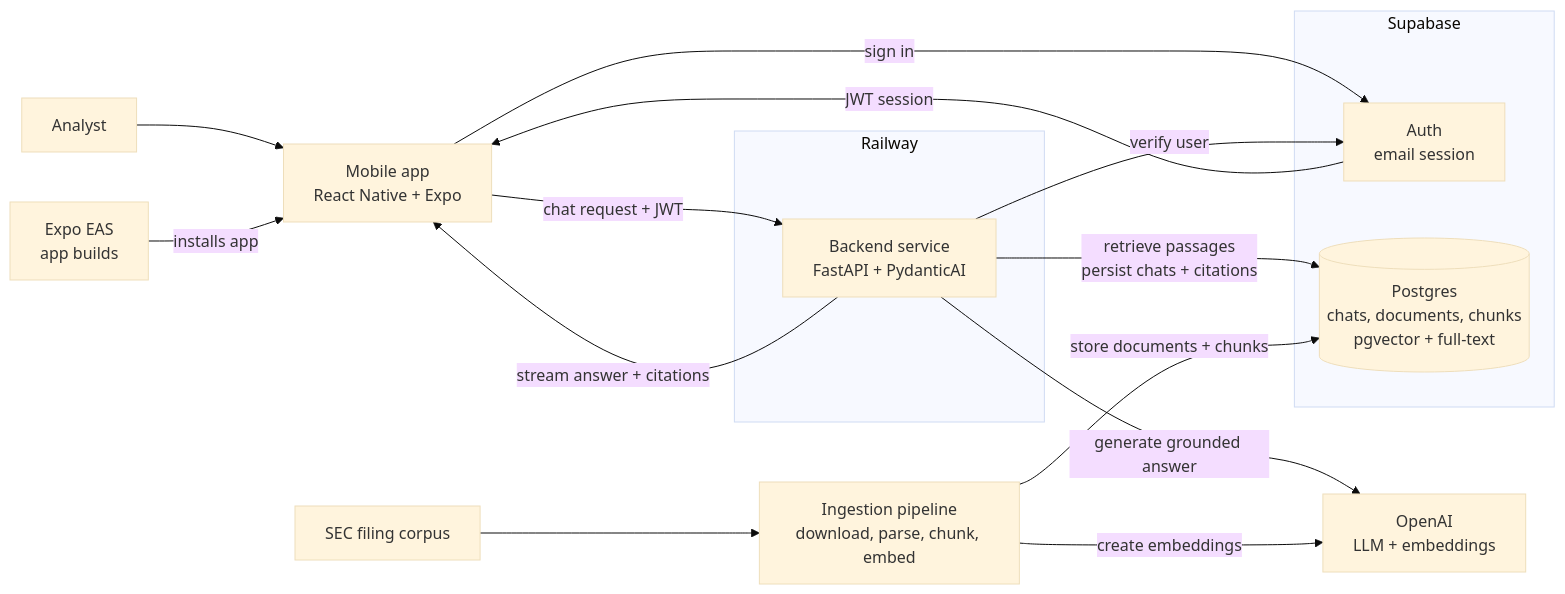
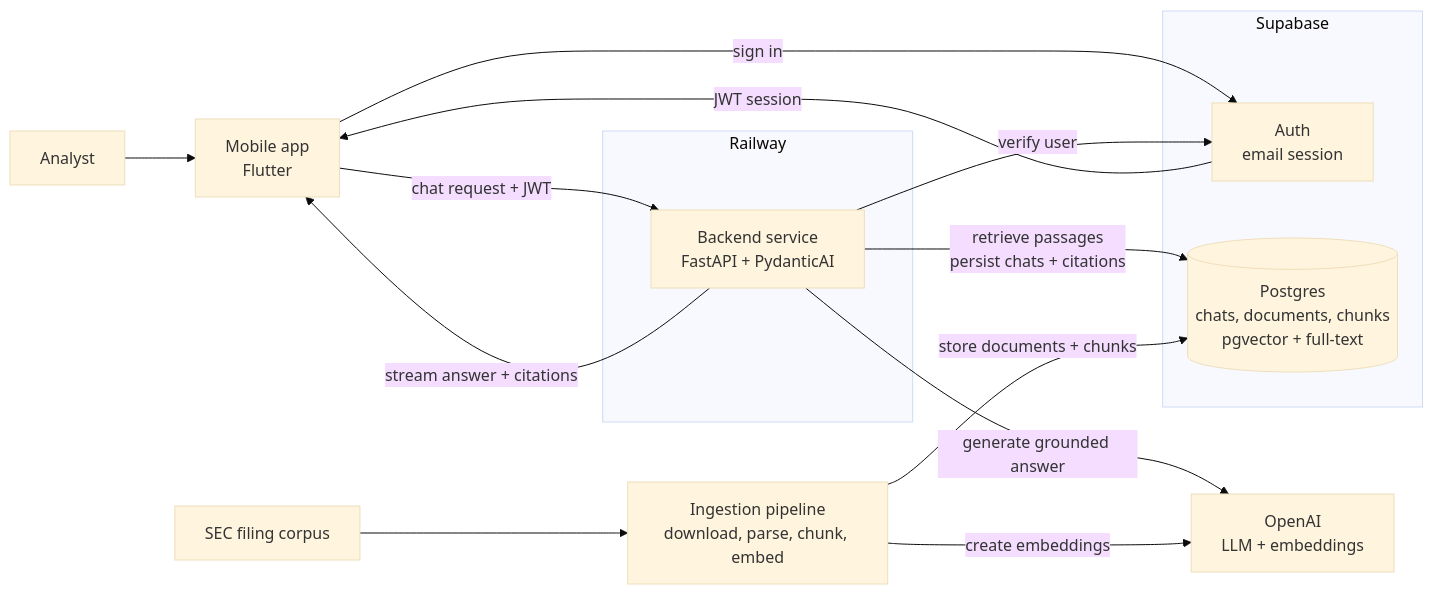
Before and after one commit to ashiq-dev-codes/document-copilot: the diagram in docs/architecture.md, drawn with Mermaid (base theme). The commit also changed other lines of this file and 10 other files, not shown here.

First line of the commit message:
refactor: migrate frontend from React Native (Expo) to Flutter

````diff
--- a/docs/architecture.md
+++ b/docs/architecture.md
@@ -13,30 +13,29 @@
 ```mermaid
 flowchart LR
-    user[Analyst] --> app[Mobile app<br/>React Native + Expo]
-    eas[Expo EAS<br/>app builds] -->|installs app| app
+    user[Analyst] --> app[Mobile app<br/>Flutter]
 
     subgraph railway[Railway]
         backend[Backend service<br/>FastAPI + PydanticAI]
     end
 
     subgraph supabase[Supabase]
         auth[Auth<br/>email session]
         db[(Postgres<br/>chats, documents, chunks<br/>pgvector + full-text)]
     end
 
     openai[OpenAI<br/>LLM + embeddings]
     corpus[SEC filing corpus]
     ingestion[Ingestion pipeline<br/>download, parse, chunk, embed]
 
     app -->|sign in| auth
     auth -->|JWT session| app
     app -->|chat request + JWT| backend
     backend -->|verify user| auth
     backend -->|retrieve passages<br/>persist chats + citations| db
     backend -->|generate grounded answer| openai
     backend -->|stream answer + citations| app
 
     corpus --> ingestion
     ingestion -->|create embeddings| openai
     ingestion -->|store documents + chunks| db
 ```
````
